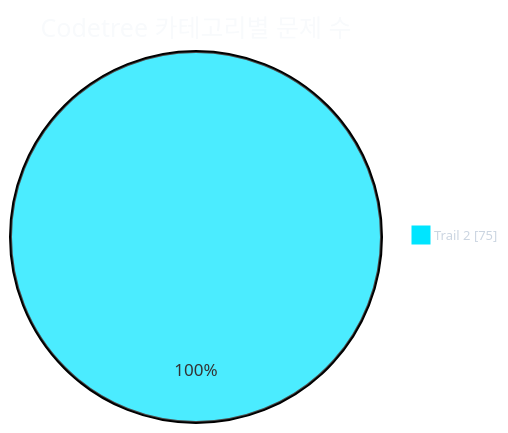
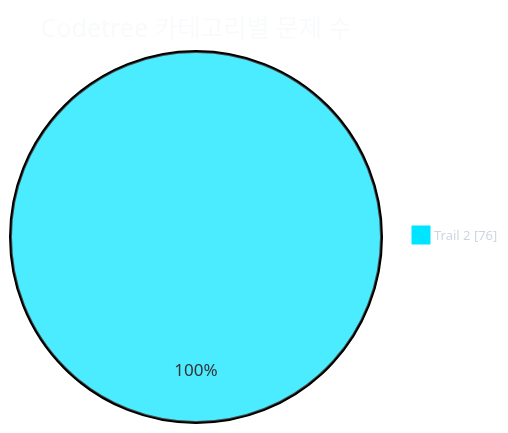
One commit to CHOOSLA/Algorithm changed the first of 2 diagrams in readme.md. Above: the diagram before and after it, drawn with Mermaid. The commit also changed other lines of this file and 2 other files, not shown here.

````diff
--- a/readme.md
+++ b/readme.md
@@ -31,21 +31,21 @@
 ```mermaid
 ---
 config:
   theme: base
   themeVariables:
     background: '#0d1117'
     pieTitleTextColor: '#f8fafc'
     pieLegendTextColor: '#cbd5e1'
     pieLegendTextSize: '13px'
     pie1: '#00e5ff'
     pie2: '#22c55e'
     pie3: '#f59e0b'
     pie4: '#a855f7'
     pie5: '#ec4899'
     pie6: '#3b82f6'
     pie7: '#64748b'
 ---
 pie showData
   title Codetree 카테고리별 문제 수
-  "Trail 2" : 75
+  "Trail 2" : 76
 ```
````
